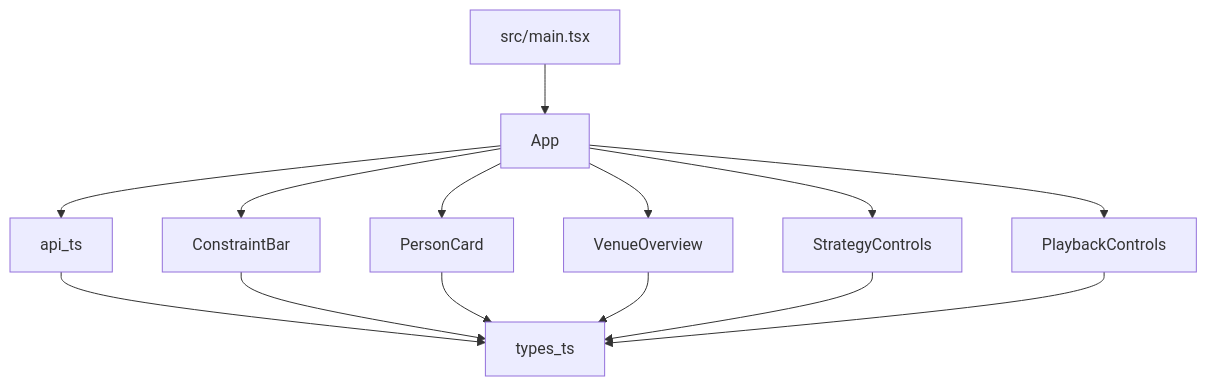
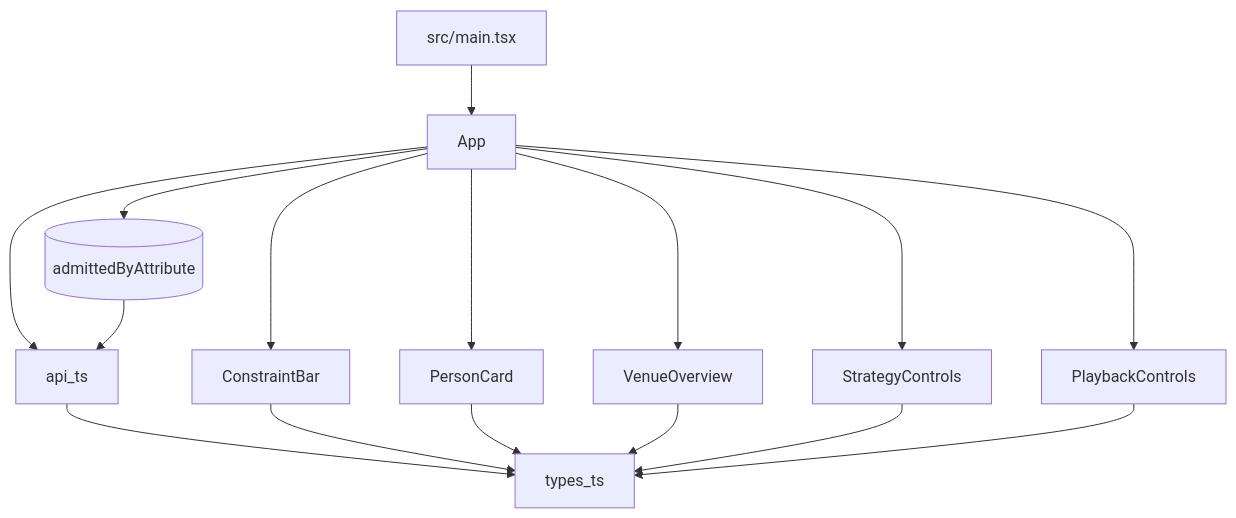
The second of 3 diagrams in AI_context/dependencies.md (RandyHaddad/Berghain), drawn with Mermaid before and after one commit. The commit also changed 9 other files, not shown here.

````diff
--- a/AI_context/dependencies.md
+++ b/AI_context/dependencies.md
@@ -22,16 +22,18 @@
 ```mermaid
 graph TD
     main_tsx[src/main.tsx] --> App
     App --> api_ts
+    App --> admitted_counts[(admittedByAttribute)]
     App --> ConstraintBar
     App --> PersonCard
     App --> VenueOverview
     App --> StrategyControls
     App --> PlaybackControls
     api_ts --> types_ts
     ConstraintBar --> types_ts
     PersonCard --> types_ts
     VenueOverview --> types_ts
     StrategyControls --> types_ts
     PlaybackControls --> types_ts
+    admitted_counts --> api_ts
 ```
````
